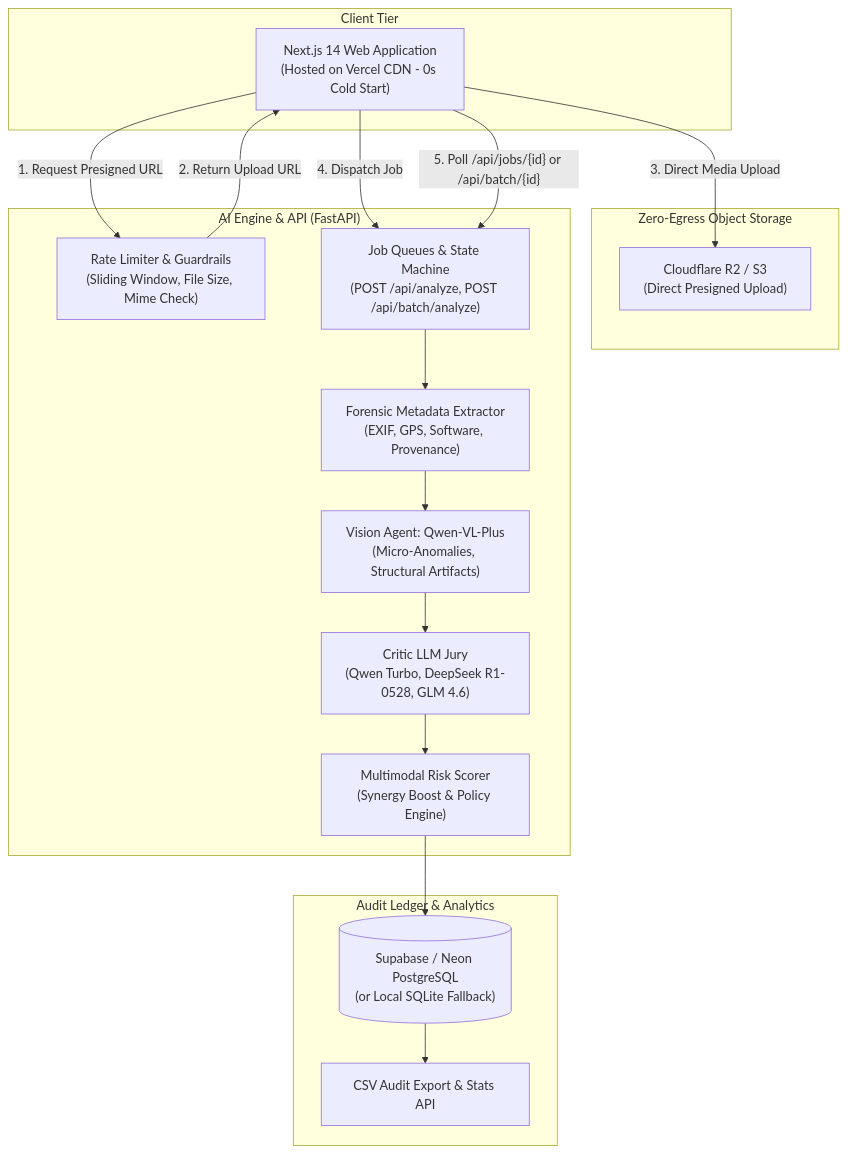
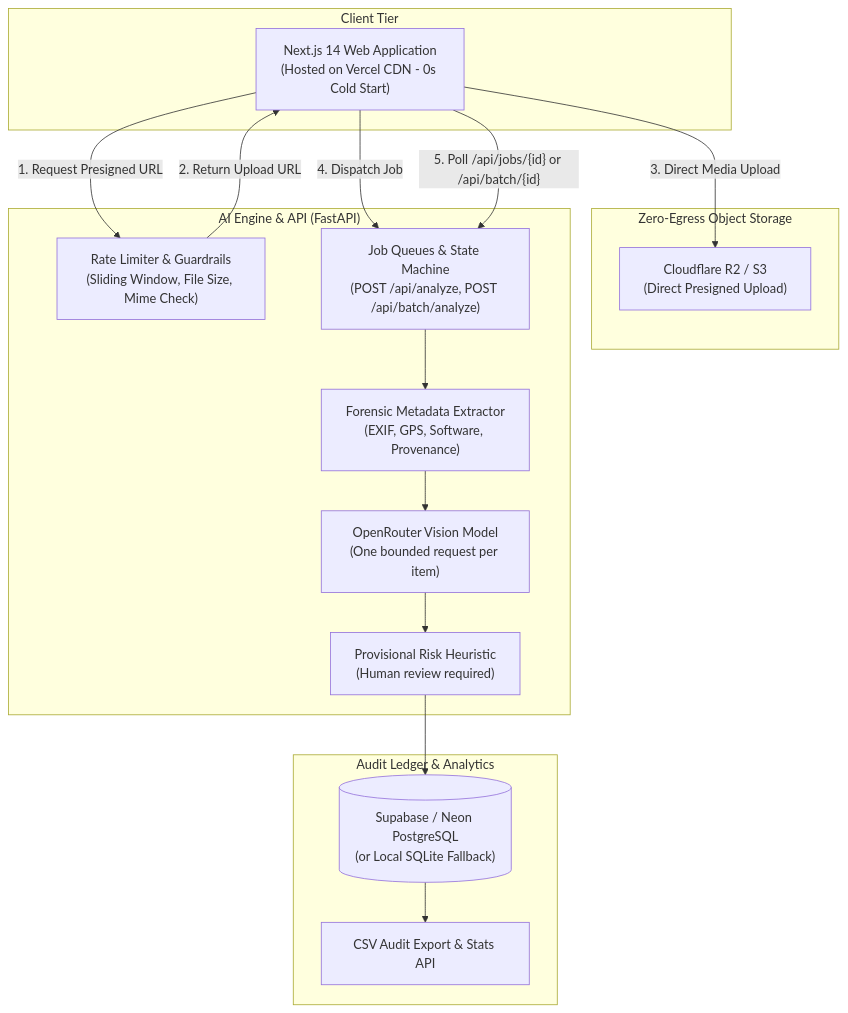
One commit to adimalkar/multimodal-fraud-detector changed the diagram in README.md. Above: the diagram before and after it, drawn with Mermaid. The commit also changed other lines of this file and 23 other files, not shown here.

Commit message:
Replace costly critic jury with bounded visual screening baseline

````diff
--- a/README.md
+++ b/README.md
@@ -28,36 +28,34 @@
 ```mermaid
 flowchart TD
     subgraph Client["Client Tier"]
         UI["Next.js 14 Web Application\n(Hosted on Vercel CDN - 0s Cold Start)"]
     end
 
     subgraph Storage["Zero-Egress Object Storage"]
         R2["Cloudflare R2 / S3\n(Direct Presigned Upload)"]
     end
 
     subgraph API["AI Engine & API (FastAPI)"]
         GW["Rate Limiter & Guardrails\n(Sliding Window, File Size, Mime Check)"]
         Router["Job Queues & State Machine\n(POST /api/analyze, POST /api/batch/analyze)"]
         Meta["Forensic Metadata Extractor\n(EXIF, GPS, Software, Provenance)"]
-        Vision["Vision Agent: Qwen-VL-Plus\n(Micro-Anomalies, Structural Artifacts)"]
-        Jury["Critic LLM Jury\n(Qwen Turbo, DeepSeek R1-0528, GLM 4.6)"]
-        Scorer["Multimodal Risk Scorer\n(Synergy Boost & Policy Engine)"]
+        Vision["OpenRouter Vision Model\n(One bounded request per item)"]
+        Scorer["Provisional Risk Heuristic\n(Human review required)"]
     end
 
     subgraph Persistence["Audit Ledger & Analytics"]
         DB[("Supabase / Neon PostgreSQL\n(or Local SQLite Fallback)")]
         Export["CSV Audit Export & Stats API"]
     end
 
     UI -->|"1. Request Presigned URL"| GW
     GW -->|"2. Return Upload URL"| UI
     UI -->|"3. Direct Media Upload"| R2
     UI -->|"4. Dispatch Job"| Router
     Router --> Meta
     Meta --> Vision
-    Vision --> Jury
-    Jury --> Scorer
+    Vision --> Scorer
     Scorer --> DB
     DB --> Export
     UI -->|"5. Poll /api/jobs/{id} or /api/batch/{id}"| Router
 ```
````
